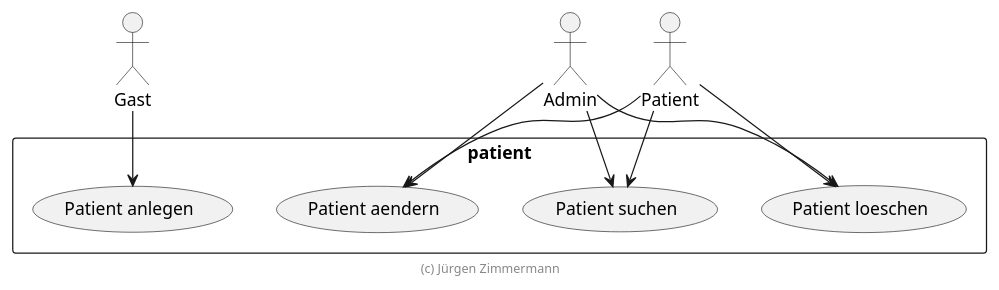
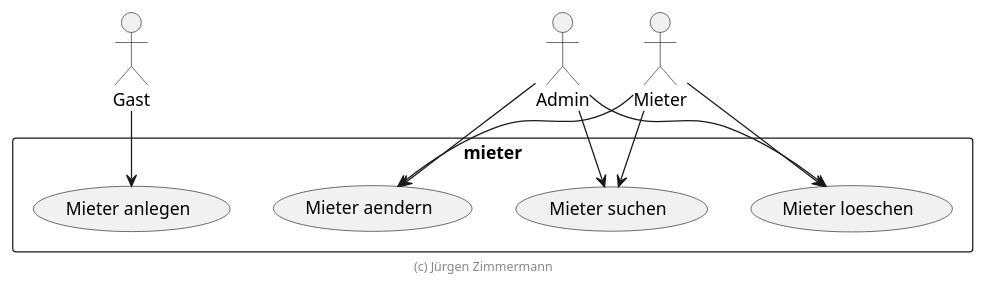
One commit to Codechandra1919/fastapi changed the diagram in docs/diagramme/src/use-cases.plantuml. Above: the diagram before and after it, drawn with PlantUML. The commit also changed 269 other files, not shown here.

```diff
--- a/docs/diagramme/src/use-cases.plantuml
+++ b/docs/diagramme/src/use-cases.plantuml
@@ -18,19 +18,19 @@
 @startuml Use Cases
 
 actor Gast
 actor Admin
-actor Patient
+actor Mieter
 
-rectangle patient {
-    Gast --> (Patient anlegen)
-    Admin --> (Patient suchen)
-    Admin --> (Patient aendern)
-    Admin --> (Patient loeschen)
-    Patient --> (Patient suchen)
-    Patient --> (Patient aendern)
-    Patient --> (Patient loeschen)
+rectangle mieter {
+    Gast --> (Mieter anlegen)
+    Admin --> (Mieter suchen)
+    Admin --> (Mieter aendern)
+    Admin --> (Mieter loeschen)
+    Mieter --> (Mieter suchen)
+    Mieter --> (Mieter aendern)
+    Mieter --> (Mieter loeschen)
 }
 
 footer (c) Jürgen Zimmermann
 
 @enduml
```
